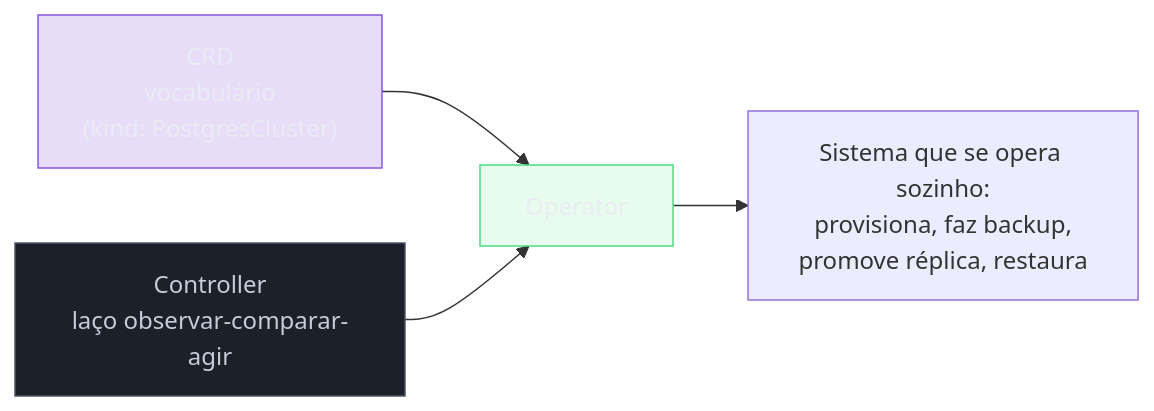
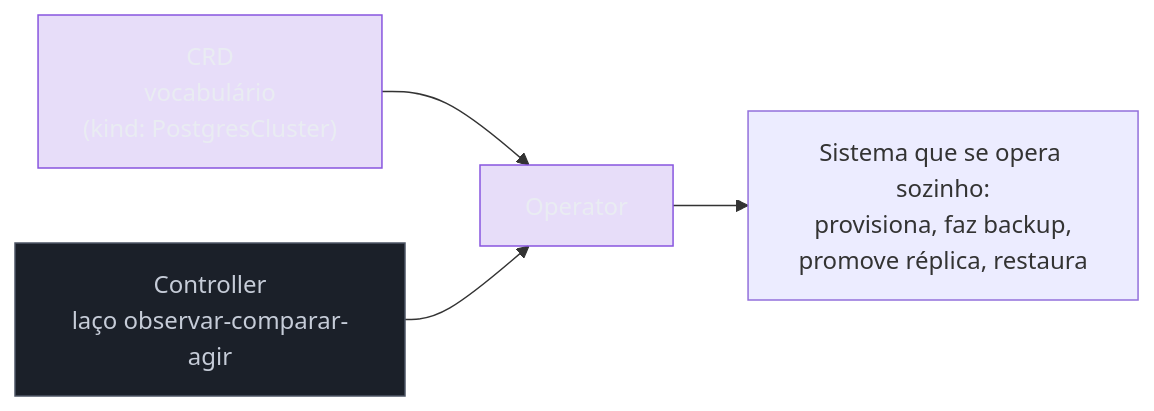
One commit to josenaldo/codex-technomanticus changed the first of 5 diagrams in 03-Dominios/Tecnologia/Infraestrutura/Kubernetes/19 - Operators.md. Above: the diagram before and after it, drawn with Mermaid. The commit also changed other lines of this file and 601 other files, not shown here.

````diff
--- a/03-Dominios/Tecnologia/Infraestrutura/Kubernetes/19 - Operators.md
+++ b/03-Dominios/Tecnologia/Infraestrutura/Kubernetes/19 - Operators.md
@@ -46,13 +46,12 @@
 ```mermaid
 graph LR
     classDef marca fill:#8855DF33,stroke:#8855DF,color:#E9ECF2
     classDef neutro fill:#1B2029,stroke:#4E5666,color:#C6CCD8
-    classDef ok fill:#4ADE8021,stroke:#4ADE80,color:#E9ECF2
     CRD["CRD<br/>vocabulário<br/>(kind: PostgresCluster)"] --> OP["Operator"]
     CTRL["Controller<br/>laço observar-comparar-agir"] --> OP
     OP --> Res["Sistema que se opera sozinho:<br/>provisiona, faz backup,<br/>promove réplica, restaura"]
 
     class CRD marca
     class CTRL neutro
-    class OP ok
+    class OP marca
 ```
````
